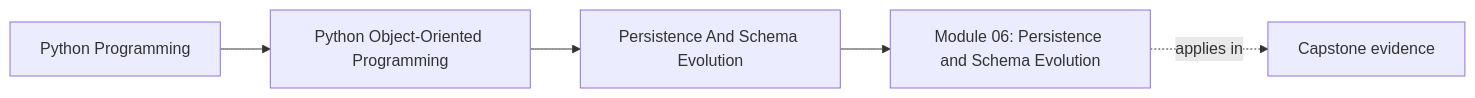
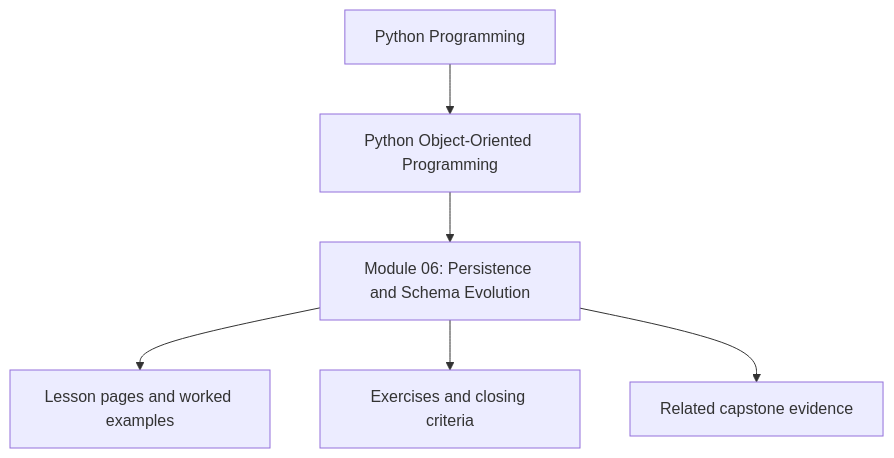
Before and after one commit to bijux/bijux-masterclass: the first of 2 diagrams in programs/python-programming/python-object-oriented-programming/course-book/module-06-persistence-and-schema-evolution/index.md, drawn with Mermaid. The commit also changed other lines of this file and 10 other files, not shown here.

Commit message:
docs(python-object-oriented-programming): reposition module overview diagrams

````diff
--- a/programs/python-programming/python-object-oriented-programming/course-book/module-06-persistence-and-schema-evolution/index.md
+++ b/programs/python-programming/python-object-oriented-programming/course-book/module-06-persistence-and-schema-evolution/index.md
@@ -7,11 +7,8 @@
 ```mermaid
-graph LR
-  family["Python Programming"]
-  program["Python Object-Oriented Programming"]
-  section["Persistence And Schema Evolution"]
-  page["Module 06: Persistence and Schema Evolution"]
-  capstone["Capstone evidence"]
-
-  family --> program --> section --> page
-  page -.applies in.-> capstone
+flowchart TD
+  family["Python Programming"] --> program["Python Object-Oriented Programming"]
+  program --> module["Module 06: Persistence and Schema Evolution"]
+  module --> lessons["Lesson pages and worked examples"]
+  module --> checkpoints["Exercises and closing criteria"]
+  module --> capstone["Related capstone evidence"]
 ```
````
